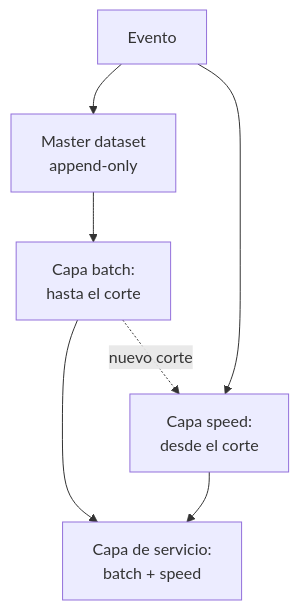
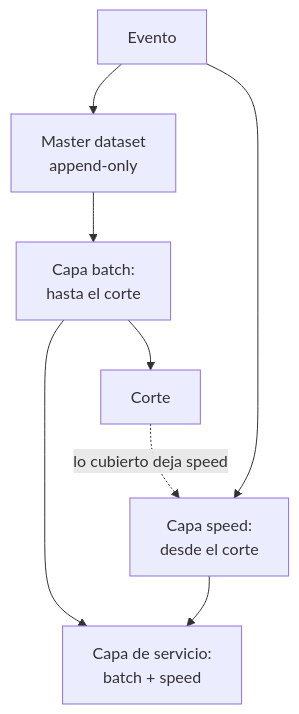
Before and after one commit to fcp4891/de-knowledge-hub: the second of 3 diagrams in content/architectures/lambda-architecture.md, drawn with Mermaid. The commit also changed other lines of this file and 8 other files, not shown here.

````diff
--- a/content/architectures/lambda-architecture.md
+++ b/content/architectures/lambda-architecture.md
@@ -116,9 +117,10 @@
 ```mermaid
 flowchart TB
   E["Evento"] --> M["Master dataset<br/>append-only"]
   E --> S["Capa speed:<br/>desde el corte"]
   M --> B["Capa batch:<br/>hasta el corte"]
   B --> Q["Capa de servicio:<br/>batch + speed"]
   S --> Q
-  B -. "nuevo corte" .-> S
+  B --> C["Corte"]
+  C -. "lo cubierto deja speed" .-> S
 ```
````
